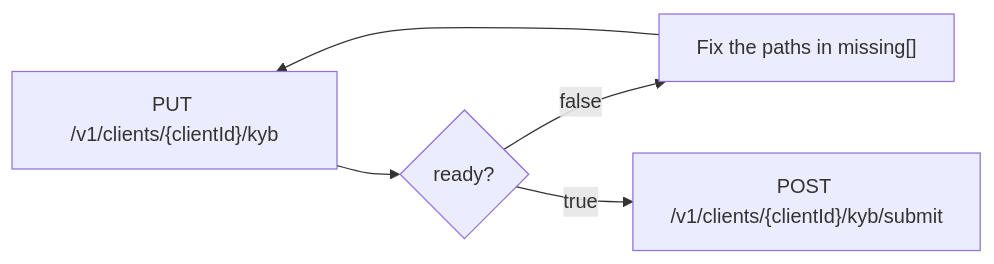
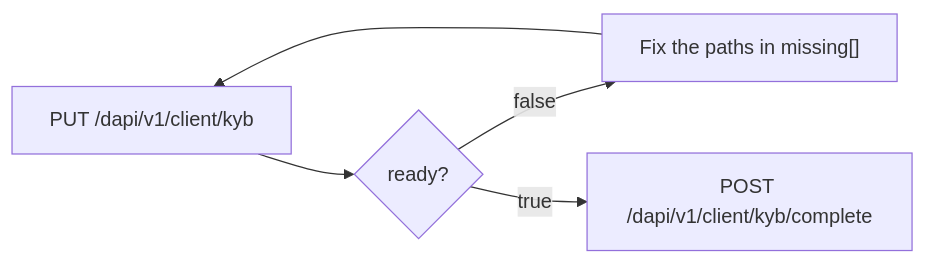
Before and after one commit to hevn-inc/docs: the second of 2 diagrams in whitelabel/onboarding.mdx, drawn with Mermaid. The commit also changed other lines of this file and 37 other files, not shown here.

````diff
--- a/whitelabel/onboarding.mdx
+++ b/whitelabel/onboarding.mdx
@@ -28,7 +30,7 @@
 ```mermaid
 flowchart LR
-    W["PUT /v1/clients/{clientId}/kyb"] --> R{"ready?"}
+    W["PUT /dapi/v1/client/kyb"] --> R{"ready?"}
     R -->|"false"| F["Fix the paths in missing[]"]
     F --> W
-    R -->|"true"| S["POST /v1/clients/{clientId}/kyb/submit"]
+    R -->|"true"| S["POST /dapi/v1/client/kyb/complete"]
 ```
````
